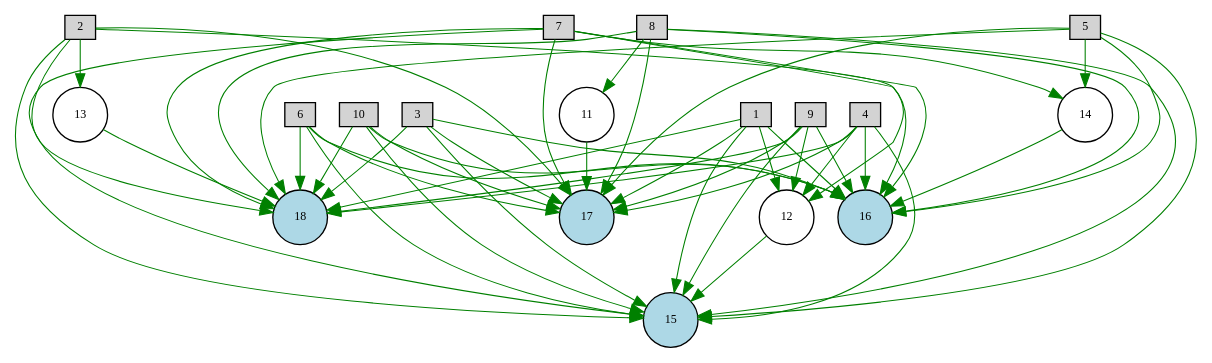
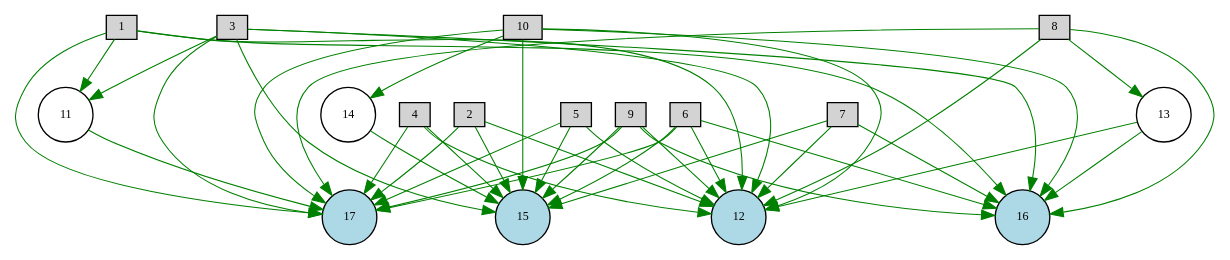
One commit to lodderwin/SNN_thesis changed the diagram in NEAT_CMA_SNN_2D_FLIGHT/Digraph.gv. Above: the diagram before and after it, drawn with Graphviz. The commit also changed 11 other files, not shown here.

```diff
--- a/NEAT_CMA_SNN_2D_FLIGHT/Digraph.gv
+++ b/NEAT_CMA_SNN_2D_FLIGHT/Digraph.gv
@@ -1,73 +1,62 @@
 digraph {
 	node [fontsize=9 height=0.2 shape=circle width=0.2]
 	1 [fillcolor=lightgray shape=box style=filled]
 	2 [fillcolor=lightgray shape=box style=filled]
 	3 [fillcolor=lightgray shape=box style=filled]
 	4 [fillcolor=lightgray shape=box style=filled]
 	5 [fillcolor=lightgray shape=box style=filled]
 	6 [fillcolor=lightgray shape=box style=filled]
 	7 [fillcolor=lightgray shape=box style=filled]
 	8 [fillcolor=lightgray shape=box style=filled]
 	9 [fillcolor=lightgray shape=box style=filled]
 	10 [fillcolor=lightgray shape=box style=filled]
 	17 [fillcolor=lightblue style=filled]
+	12 [fillcolor=lightblue style=filled]
+	16 [fillcolor=lightblue style=filled]
 	15 [fillcolor=lightblue style=filled]
-	18 [fillcolor=lightblue style=filled]
-	16 [fillcolor=lightblue style=filled]
 	11 [fillcolor=white style=filled]
-	12 [fillcolor=white style=filled]
 	13 [fillcolor=white style=filled]
 	14 [fillcolor=white style=filled]
 	1 -> 17 [color=green penwidth=0.8 style=solid]
-	1 -> 15 [color=green penwidth=0.8 style=solid]
-	1 -> 18 [color=green penwidth=0.8 style=solid]
+	1 -> 12 [color=green penwidth=0.8 style=solid]
 	1 -> 16 [color=green penwidth=0.8 style=solid]
 	2 -> 17 [color=green penwidth=0.8 style=solid]
+	2 -> 12 [color=green penwidth=0.8 style=solid]
 	2 -> 15 [color=green penwidth=0.8 style=solid]
-	2 -> 18 [color=green penwidth=0.8 style=solid]
-	2 -> 16 [color=green penwidth=0.8 style=solid]
 	3 -> 17 [color=green penwidth=0.8 style=solid]
+	3 -> 12 [color=green penwidth=0.8 style=solid]
+	3 -> 16 [color=green penwidth=0.8 style=solid]
 	3 -> 15 [color=green penwidth=0.8 style=solid]
-	3 -> 18 [color=green penwidth=0.8 style=solid]
-	3 -> 16 [color=green penwidth=0.8 style=solid]
 	4 -> 17 [color=green penwidth=0.8 style=solid]
+	4 -> 12 [color=green penwidth=0.8 style=solid]
 	4 -> 15 [color=green penwidth=0.8 style=solid]
-	4 -> 18 [color=green penwidth=0.8 style=solid]
-	4 -> 16 [color=green penwidth=0.8 style=solid]
 	5 -> 17 [color=green penwidth=0.8 style=solid]
+	5 -> 12 [color=green penwidth=0.8 style=solid]
 	5 -> 15 [color=green penwidth=0.8 style=solid]
-	5 -> 18 [color=green penwidth=0.8 style=solid]
-	5 -> 16 [color=green penwidth=0.8 style=solid]
 	6 -> 17 [color=green penwidth=0.8 style=solid]
+	6 -> 12 [color=green penwidth=0.8 style=solid]
+	6 -> 16 [color=green penwidth=0.8 style=solid]
 	6 -> 15 [color=green penwidth=0.8 style=solid]
-	6 -> 18 [color=green penwidth=0.8 style=solid]
-	6 -> 16 [color=green penwidth=0.8 style=solid]
-	7 -> 17 [color=green penwidth=0.8 style=solid]
+	7 -> 12 [color=green penwidth=0.8 style=solid]
+	7 -> 16 [color=green penwidth=0.8 style=solid]
 	7 -> 15 [color=green penwidth=0.8 style=solid]
-	7 -> 18 [color=green penwidth=0.8 style=solid]
-	7 -> 16 [color=green penwidth=0.8 style=solid]
 	8 -> 17 [color=green penwidth=0.8 style=solid]
-	8 -> 15 [color=green penwidth=0.8 style=solid]
-	8 -> 18 [color=green penwidth=0.8 style=solid]
+	8 -> 12 [color=green penwidth=0.8 style=solid]
 	8 -> 16 [color=green penwidth=0.8 style=solid]
 	9 -> 17 [color=green penwidth=0.8 style=solid]
+	9 -> 12 [color=green penwidth=0.8 style=solid]
+	9 -> 16 [color=green penwidth=0.8 style=solid]
 	9 -> 15 [color=green penwidth=0.8 style=solid]
-	9 -> 18 [color=green penwidth=0.8 style=solid]
-	9 -> 16 [color=green penwidth=0.8 style=solid]
 	10 -> 17 [color=green penwidth=0.8 style=solid]
+	10 -> 12 [color=green penwidth=0.8 style=solid]
+	10 -> 16 [color=green penwidth=0.8 style=solid]
 	10 -> 15 [color=green penwidth=0.8 style=solid]
-	10 -> 18 [color=green penwidth=0.8 style=solid]
-	10 -> 16 [color=green penwidth=0.8 style=solid]
-	1 -> 12 [color=green penwidth=0.8 style=solid]
-	12 -> 15 [color=green penwidth=0.8 style=solid]
-	7 -> 14 [color=green penwidth=0.8 style=solid]
-	14 -> 16 [color=green penwidth=0.8 style=solid]
-	7 -> 12 [color=green penwidth=0.8 style=solid]
-	8 -> 11 [color=green penwidth=0.8 style=solid]
+	10 -> 14 [color=green penwidth=0.8 style=solid]
+	14 -> 15 [color=green penwidth=0.8 style=solid]
+	8 -> 13 [color=green penwidth=0.8 style=solid]
+	13 -> 16 [color=green penwidth=0.8 style=solid]
+	3 -> 11 [color=green penwidth=0.8 style=solid]
 	11 -> 17 [color=green penwidth=0.8 style=solid]
-	9 -> 12 [color=green penwidth=0.8 style=solid]
-	5 -> 14 [color=green penwidth=0.8 style=solid]
-	2 -> 13 [color=green penwidth=0.8 style=solid]
-	13 -> 18 [color=green penwidth=0.8 style=solid]
-	4 -> 12 [color=green penwidth=0.8 style=solid]
+	13 -> 12 [color=green penwidth=0.8 style=solid]
+	1 -> 11 [color=green penwidth=0.8 style=solid]
 }
```
